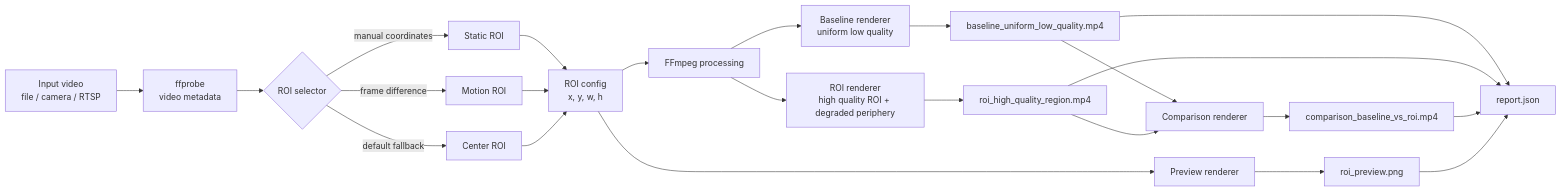
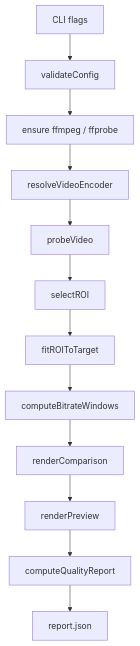
Before and after one commit to Manabreaker/ROI_based_video_encoding: the first of 2 diagrams in docs/README.md, drawn with Mermaid. The commit also changed other lines of this file and 33 other files, not shown here.

````diff
--- a/docs/README.md
+++ b/docs/README.md
@@ -59,35 +19,14 @@
 ```mermaid
-flowchart LR
-    A["Input video<br/>file / camera / RTSP"] --> B["ffprobe<br/>video metadata"]
-
-    B --> C{"ROI selector"}
-
-    C -->|manual coordinates| D["Static ROI"]
-    C -->|frame difference| E["Motion ROI"]
-    C -->|default fallback| F["Center ROI"]
-
-    D --> G["ROI config<br/>x, y, w, h"]
-    E --> G
-    F --> G
-
-    G --> H["FFmpeg processing"]
-
-    H --> I["Baseline renderer<br/>uniform low quality"]
-    H --> J["ROI renderer<br/>high quality ROI + degraded periphery"]
-
-    I --> K["baseline_uniform_low_quality.mp4"]
-    J --> L["roi_high_quality_region.mp4"]
-
-    K --> M["Comparison renderer"]
-    L --> M
-
-    M --> N["comparison_baseline_vs_roi.mp4"]
-
-    G --> O["Preview renderer"]
-    O --> P["roi_preview.png"]
-
-    K --> Q["report.json"]
-    L --> Q
-    N --> Q
-    P --> Q
+flowchart TD
+    A["CLI flags"] --> B["validateConfig"]
+    B --> C["ensure ffmpeg / ffprobe"]
+    C --> D["resolveVideoEncoder"]
+    D --> E["probeVideo"]
+    E --> F["selectROI"]
+    F --> G["fitROIToTarget"]
+    G --> H["computeBitrateWindows"]
+    H --> I["renderComparison"]
+    I --> J["renderPreview"]
+    J --> K["computeQualityReport"]
+    K --> L["report.json"]
 ```
````
